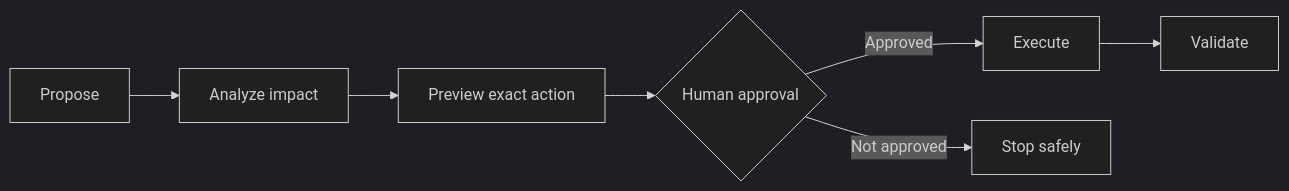
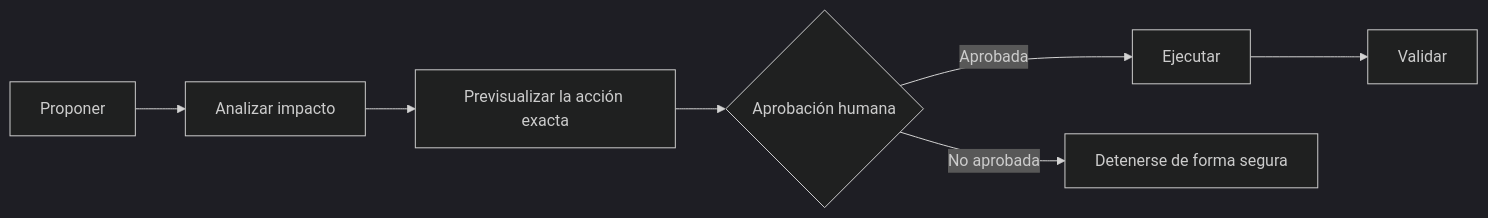
One commit to der-kaffe/bio-harness changed the diagram in docs/safety.md. Above: the diagram before and after it, drawn with Mermaid (dark theme). The commit also changed other lines of this file and 27 other files, not shown here.

````diff
--- a/docs/safety.md
+++ b/docs/safety.md
@@ -5,9 +5,9 @@
 ```mermaid
 flowchart LR
-    P[Propose] --> I[Analyze impact]
-    I --> V[Preview exact action]
-    V --> A{Human approval}
-    A -->|Approved| E[Execute]
-    E --> C[Validate]
-    A -->|Not approved| S[Stop safely]
+    P[Proponer] --> I[Analizar impacto]
+    I --> V[Previsualizar la acción exacta]
+    V --> A{Aprobación humana}
+    A -->|Aprobada| E[Ejecutar]
+    E --> C[Validar]
+    A -->|No aprobada| S[Detenerse de forma segura]
 ```
````
